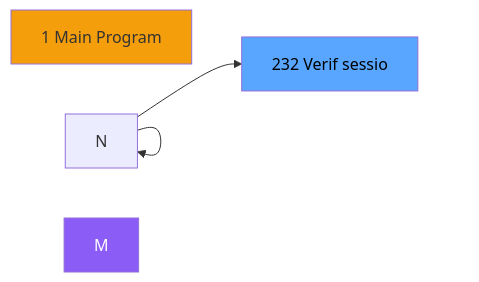
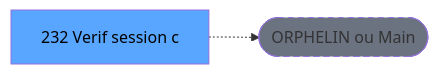
Before and after one commit to thonyAGP/lecteur-magic: the second of 3 diagrams in .openspec/specs/ADH-IDE-232.md, drawn with Mermaid. The commit also changed other lines of this file and 701 other files, not shown here.

````diff
--- a/.openspec/specs/ADH-IDE-232.md
+++ b/.openspec/specs/ADH-IDE-232.md
@@ -107,11 +117,8 @@
 ```mermaid
 graph LR
-    N1[1 Main Program]
-    T[232 Verif sessio]
-    N --> N
-    N --> N
-    N --> T
-    style M fill:#8b5cf6,color:#fff
-    style N1 fill:#f59e0b
+    T[232 Verif session c]
+    ORPHAN([ORPHELIN ou Main])
+    T -.-> ORPHAN
     style T fill:#58a6ff,color:#000
+    style ORPHAN fill:#6b7280,stroke-dasharray: 5 5
 ```
````
